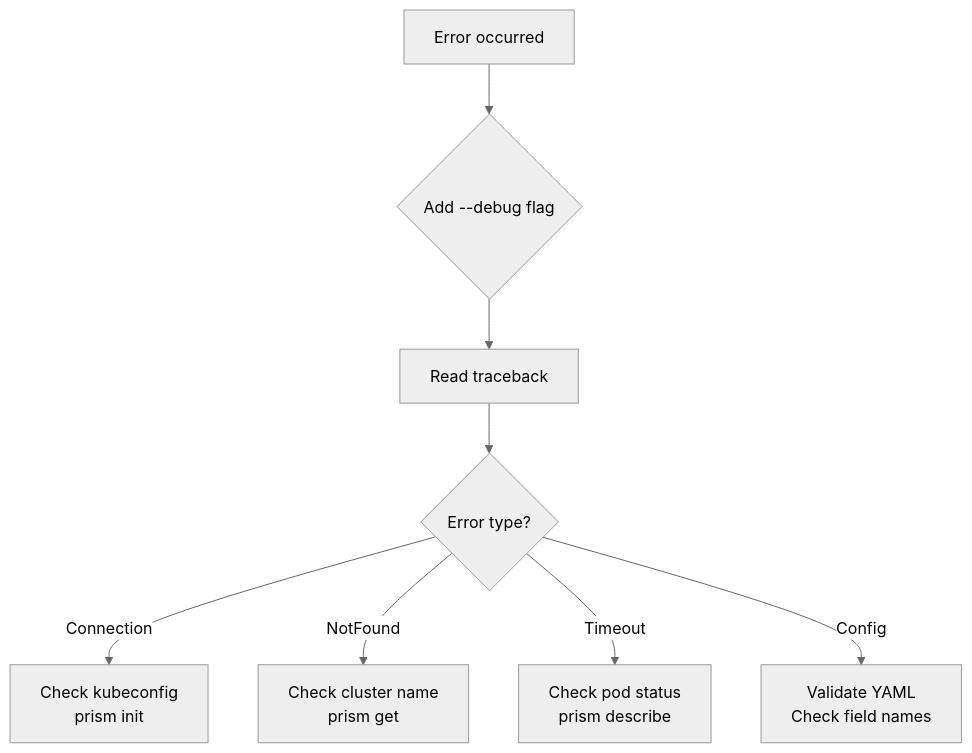
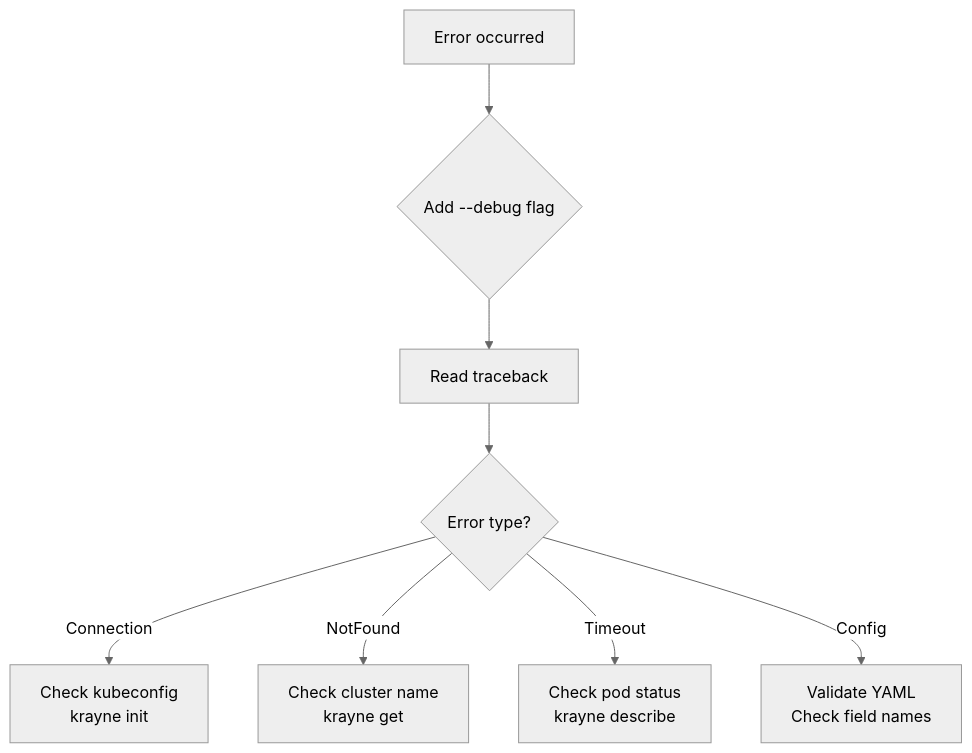
Before and after one commit to roulbac/krayne: the second of 2 diagrams in docs/guide/error-handling.md, drawn with Mermaid (neutral theme). The commit also changed other lines of this file and 51 other files, not shown here.

First line of the commit message:
Rename project from Prism to Krayne

````diff
--- a/docs/guide/error-handling.md
+++ b/docs/guide/error-handling.md
@@ -140,10 +140,10 @@
 ```mermaid
 flowchart TD
   Error["Error occurred"] --> Debug{"Add --debug flag"}
   Debug --> Traceback["Read traceback"]
   Traceback --> Type{"Error type?"}
-  Type -->|Connection| CheckKube["Check kubeconfig<br/>prism init"]
-  Type -->|NotFound| CheckName["Check cluster name<br/>prism get"]
-  Type -->|Timeout| CheckPods["Check pod status<br/>prism describe"]
+  Type -->|Connection| CheckKube["Check kubeconfig<br/>krayne init"]
+  Type -->|NotFound| CheckName["Check cluster name<br/>krayne get"]
+  Type -->|Timeout| CheckPods["Check pod status<br/>krayne describe"]
   Type -->|Config| CheckYAML["Validate YAML<br/>Check field names"]
 ```
````
